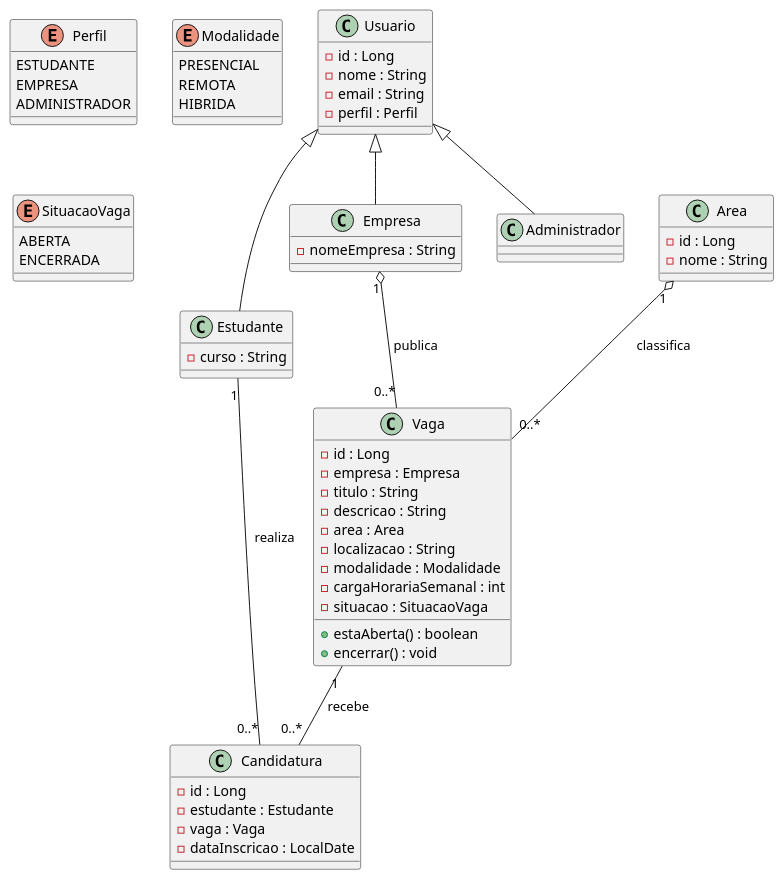
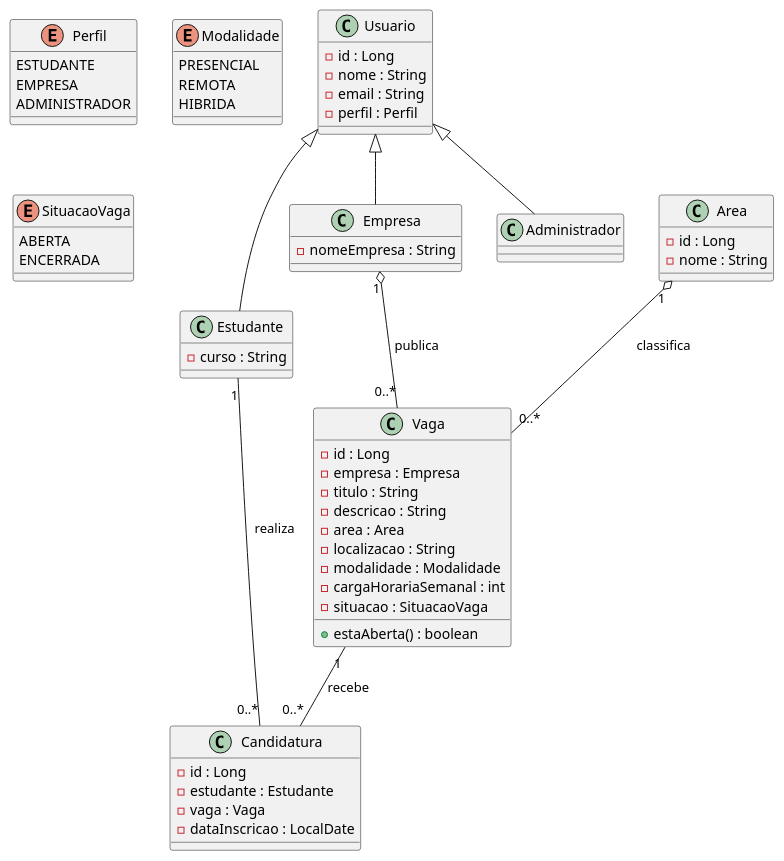
One commit to Guigspinho/ProgramacaoSistemasII_ProjetoEstagio changed the diagram in diagrama-classes.puml. Above: the diagram before and after it, drawn with PlantUML. The commit also changed 83 other files, not shown here.

```diff
--- a/diagrama-classes.puml
+++ b/diagrama-classes.puml
@@ -1,74 +1,73 @@
 @startuml
 enum Perfil {
   ESTUDANTE
   EMPRESA
   ADMINISTRADOR
 }
 
 enum Modalidade {
   PRESENCIAL
   REMOTA
   HIBRIDA
 }
 
 enum SituacaoVaga {
   ABERTA
   ENCERRADA
 }
 
 class Usuario {
   - id : Long
   - nome : String
   - email : String
   - perfil : Perfil
 }
 
 class Estudante {
   - curso : String
 }
 
 class Empresa {
   - nomeEmpresa : String
 }
 
 class Administrador {
 
 }
 
 Usuario <|-- Estudante
 Usuario <|-- Empresa
 Usuario <|-- Administrador
 
 class Area {
   - id : Long
   - nome : String
 }
 
 class Vaga {
   - id : Long
   - empresa : Empresa
   - titulo : String
   - descricao : String
   - area : Area
   - localizacao : String
   - modalidade : Modalidade
   - cargaHorariaSemanal : int
   - situacao : SituacaoVaga
   + estaAberta() : boolean
-  + encerrar() : void
 }
 
 
 
 class Candidatura {
   - id : Long
   - estudante : Estudante
   - vaga : Vaga
   - dataInscricao : LocalDate
 }
 
 Empresa "1" o-- "0..*" Vaga : publica
 Area "1" o-- "0..*" Vaga : classifica
 Estudante "1" -- "0..*" Candidatura : realiza
 Vaga "1" -- "0..*" Candidatura : recebe
 @enduml
```
